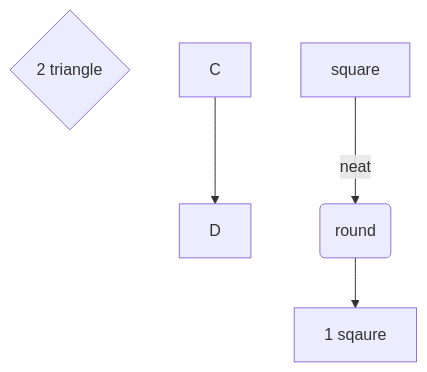
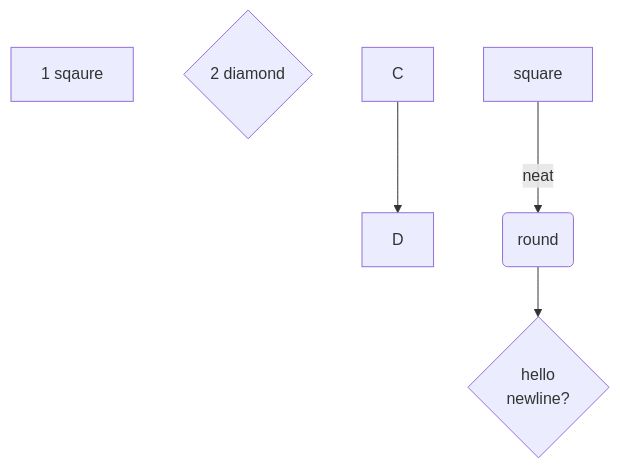
The first of 2 diagrams in README.md (ikarabag1/entity-relationship-diagrams), drawn with Mermaid before and after one commit.

````diff
--- a/README.md
+++ b/README.md
@@ -4,8 +4,8 @@
 ```mermaid
 flowchart TD;
   A[1 sqaure];
-  B{2 triangle};
+  B{2 diamond};
   C --> D;
   E[square] -- neat --> F{triangle};
-  F(round) --> A;
+  F(round) --> G{hello \n newline?};
 ```
````
